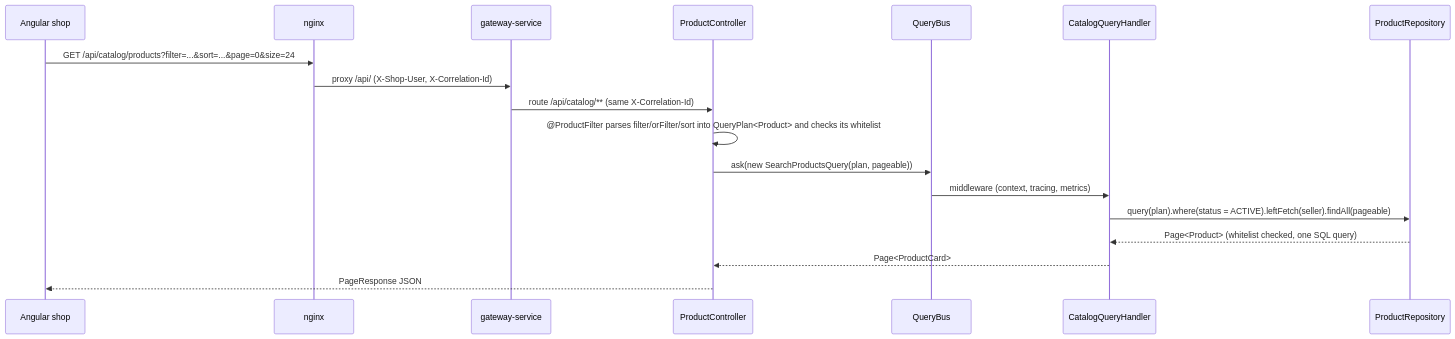
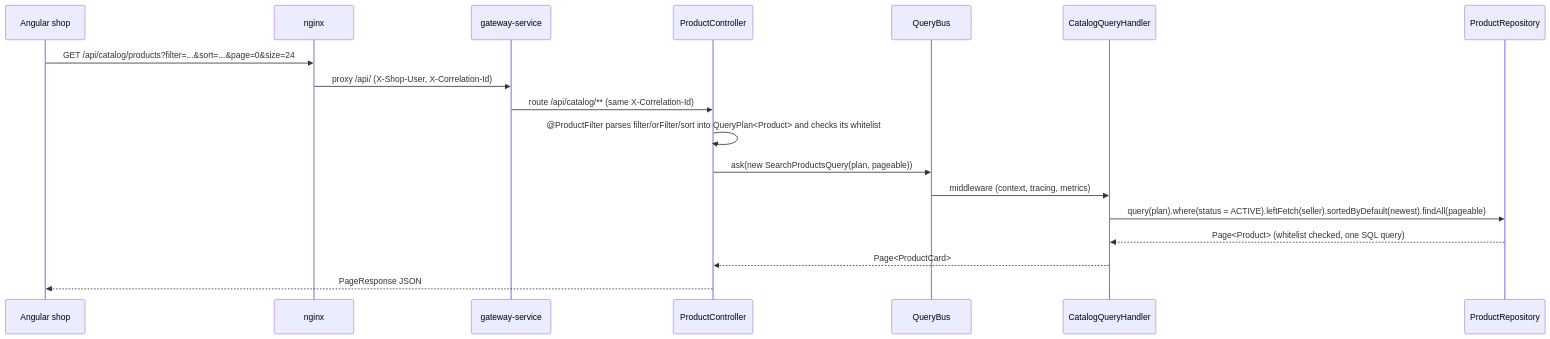
Before and after one commit to borja-glez/spring-boot-shop-microservices-architecture-example: the diagram in docs/en/querying.md, drawn with Mermaid. The commit also changed other lines of this file and 48 other files, not shown here.

````diff
--- a/docs/en/querying.md
+++ b/docs/en/querying.md
@@ -7,20 +7,20 @@
 ```mermaid
 sequenceDiagram
   participant UI as Angular shop
   participant N as nginx
   participant G as gateway-service
   participant C as ProductController
   participant Q as QueryBus
   participant H as CatalogQueryHandler
   participant R as ProductRepository
   UI->>N: GET /api/catalog/products?filter=...&sort=...&page=0&size=24
   N->>G: proxy /api/ (X-Shop-User, X-Correlation-Id)
   G->>C: route /api/catalog/** (same X-Correlation-Id)
   C->>C: @ProductFilter parses filter/orFilter/sort into QueryPlan<Product> and checks its whitelist
   C->>Q: ask(new SearchProductsQuery(plan, pageable))
   Q->>H: middleware (context, tracing, metrics)
-  H->>R: query(plan).where(status = ACTIVE).leftFetch(seller).findAll(pageable)
+  H->>R: query(plan).where(status = ACTIVE).leftFetch(seller).sortedByDefault(newest).findAll(pageable)
   R-->>H: Page<Product> (whitelist checked, one SQL query)
   H-->>C: Page<ProductCard>
   C-->>UI: PageResponse JSON
 ```
````
